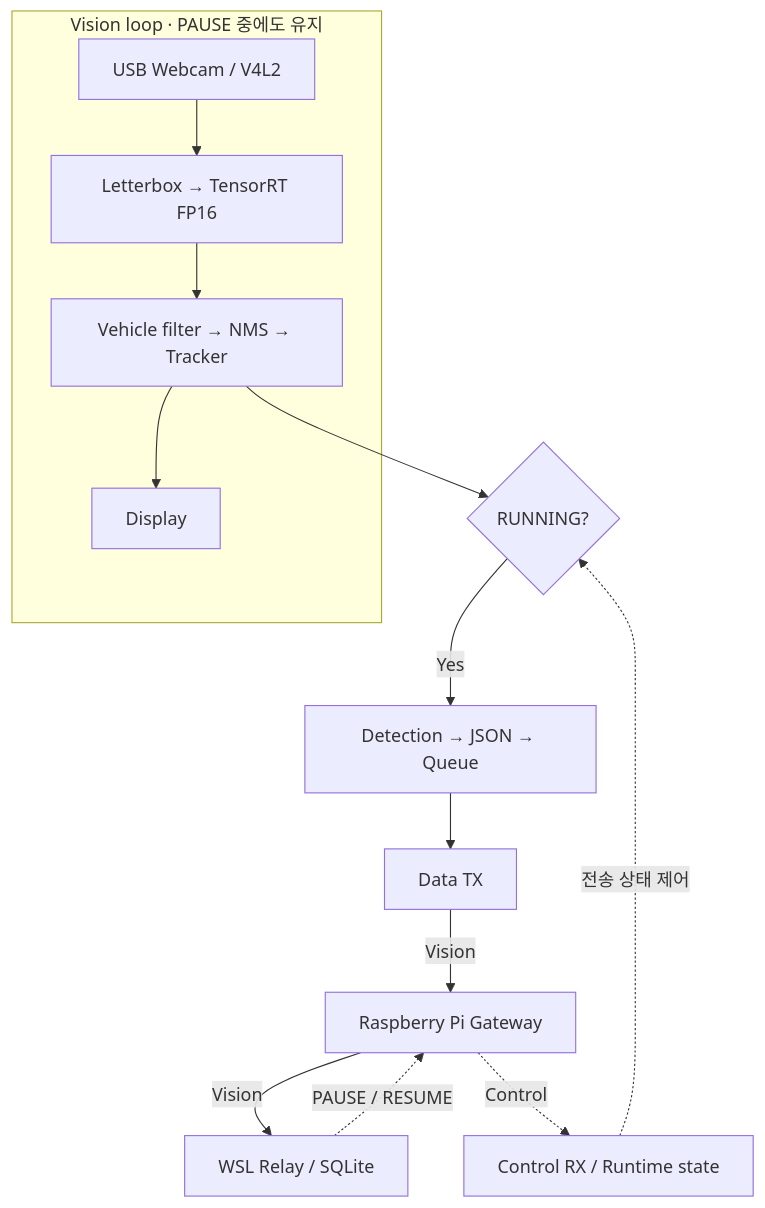
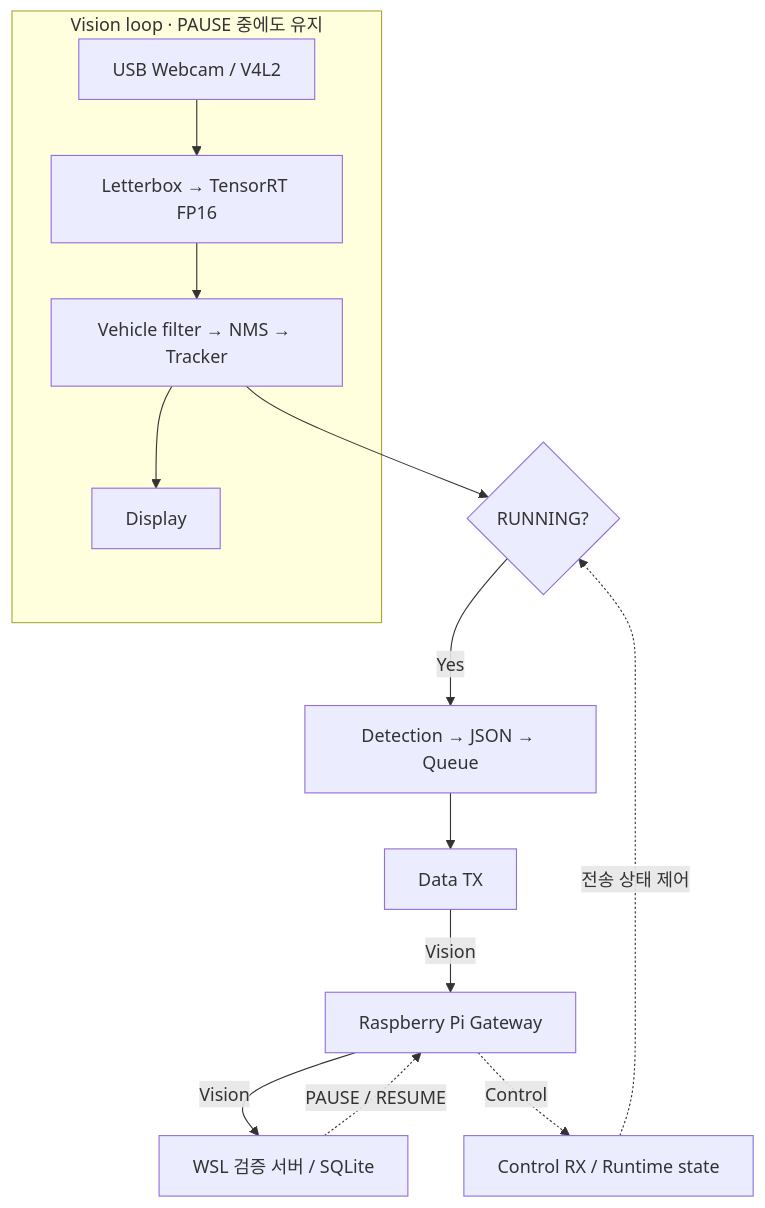
The diagram in README.md (triton0305/jetson-edge-vision), drawn with Mermaid before and after one commit. The commit also changed other lines of this file, not shown here.

````diff
--- a/README.md
+++ b/README.md
@@ -137,16 +137,16 @@
 ```mermaid
 flowchart TD
     subgraph Vision["Vision loop · PAUSE 중에도 유지"]
         A["USB Webcam / V4L2"] --> B["Letterbox → TensorRT FP16"]
         B --> C["Vehicle filter → NMS → Tracker"]
         C --> D["Display"]
     end
     C --> E{"RUNNING?"}
     E -->|Yes| F["Detection → JSON → Queue"]
     F --> G["Data TX"]
     G -->|Vision| P["Raspberry Pi Gateway"]
-    P -->|Vision| S["WSL Relay / SQLite"]
+    P -->|Vision| S["WSL 검증 서버 / SQLite"]
     S -.->|PAUSE / RESUME| P
     P -.->|Control| R["Control RX / Runtime state"]
     R -.->|전송 상태 제어| E
 ```
````
